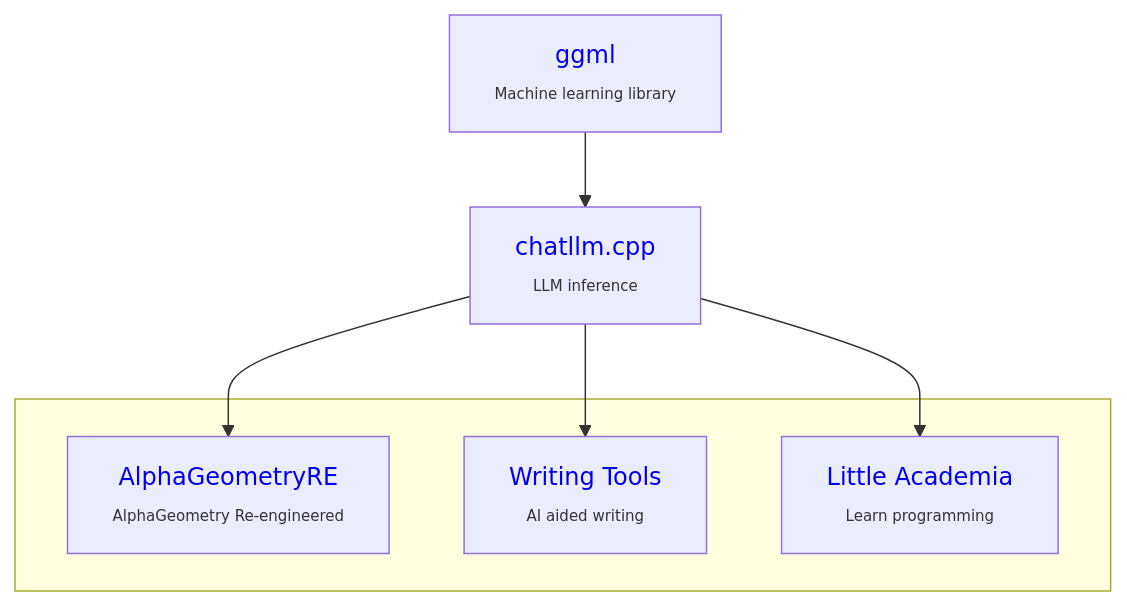
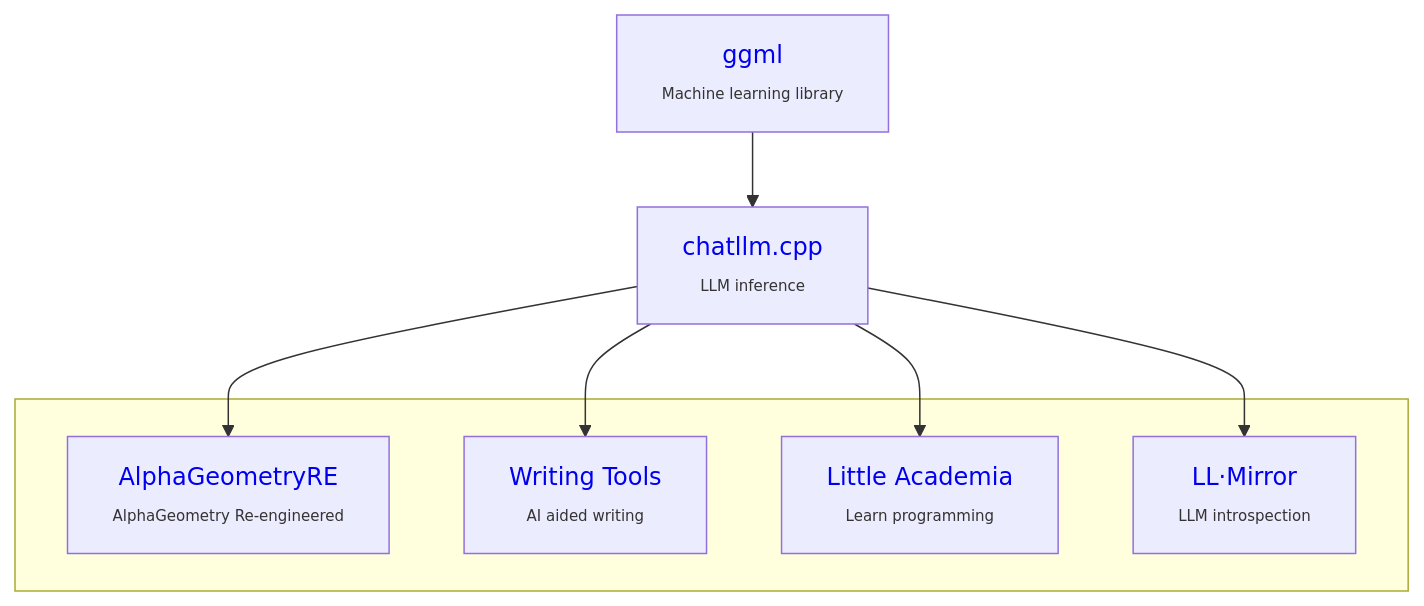
Before and after one commit to FiditeNemini/chatllm.cpp: the diagram in README.md, drawn with Mermaid. The commit also changed other lines of this file and 1 other file, not shown here.

````diff
--- a/README.md
+++ b/README.md
@@ -18,17 +18,20 @@
 ```mermaid
 graph TD;
 ggml --> chatllm.cpp
 chatllm.cpp --> AlphaGeometryRE
 chatllm.cpp --> WritingTools
 chatllm.cpp --> LittleAcademia
+chatllm.cpp --> LLMirror
 subgraph coding[ ]
     AlphaGeometryRE
     WritingTools
     LittleAcademia
+    LLMirror
 end
 ggml[<a href="https://github.com/ggml-org/ggml"                     style="text-decoration:none;">ggml</a>            <br><span style="font-size:10px;">Machine learning library</span>];
 chatllm.cpp[<a href="https://github.com/foldl/chatllm.cpp"          style="text-decoration:none;">chatllm.cpp</a>     <br><span style="font-size:10px;">LLM inference</span>];
 AlphaGeometryRE[<a href="https://github.com/foldl/alphageometryre"  style="text-decoration:none;">AlphaGeometryRE</a> <br><span style="font-size:10px;">AlphaGeometry Re-engineered</span>];
 WritingTools[<a href="https://github.com/foldl/WritingTools"        style="text-decoration:none;">Writing Tools</a>   <br><span style="font-size:10px;">AI aided writing</span>];
 LittleAcademia[<a href="https://github.com/foldl/little-academia"   style="text-decoration:none;">Little Academia</a> <br><span style="font-size:10px;">Learn programming</span>];
+LLMirror[<a href="https://github.com/foldl/llmirror"   style="text-decoration:none;">LL·Mirror</a> <br><span style="font-size:10px;">LLM introspection</span>];
 ```
````
